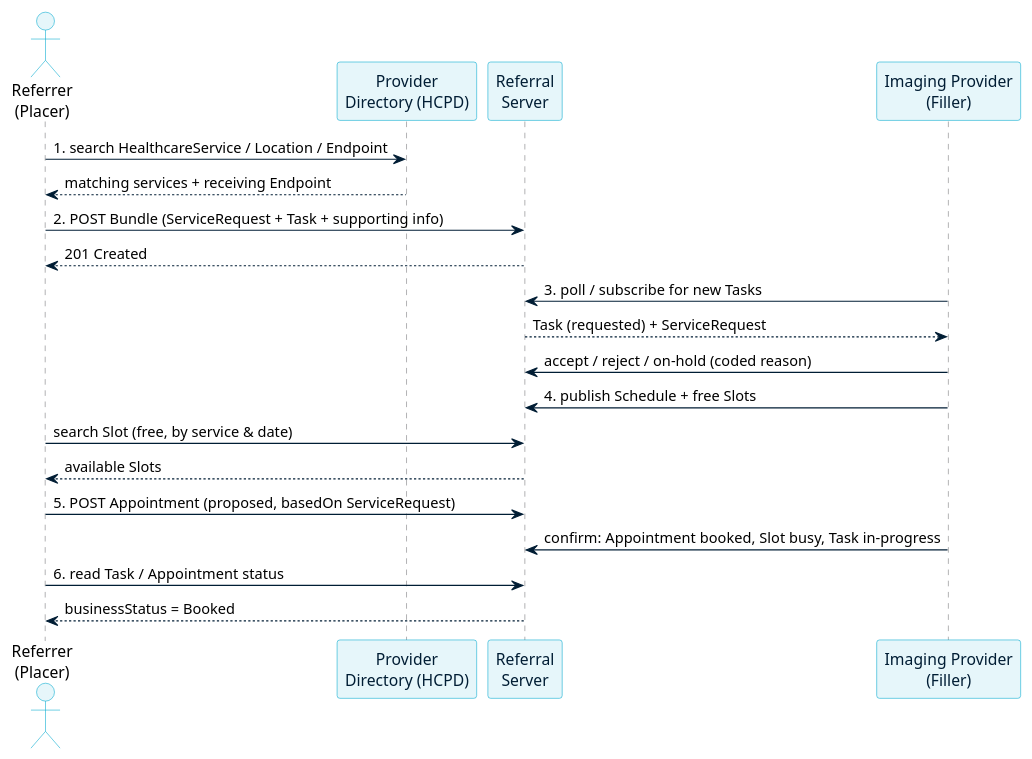
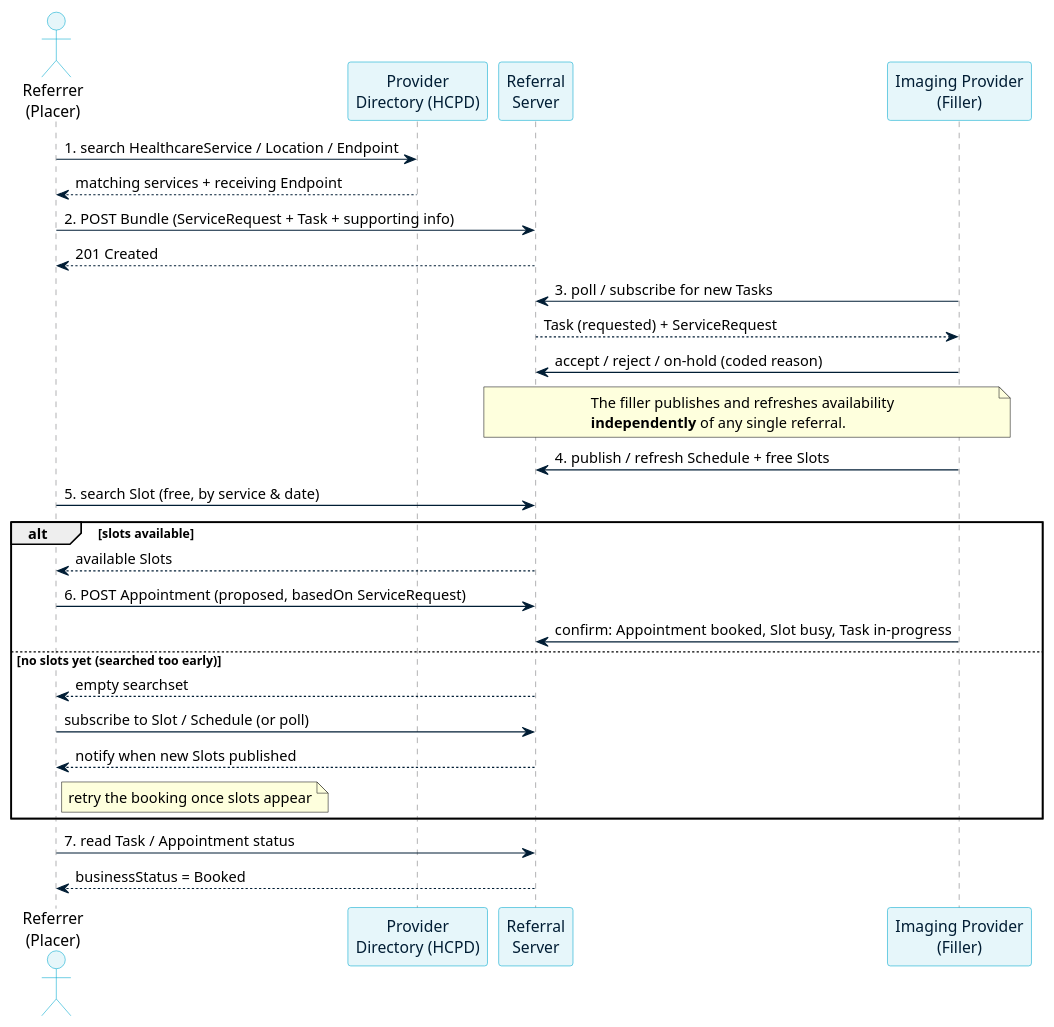
The diagram in 2026-10-29/1-FHIR-For-Services/slides/diagrams/referral-flow.puml (aehrc/qh-connectathon), drawn with PlantUML before and after one commit. The commit also changed 2 other files, not shown here.

Commit message:
Flow diagram: make slot availability timing explicit
The filler publishes availability independently of any referral. Add an alt
fragment on the slot search: slots available -> book, vs no slots yet
(searched too early) -> subscribe/poll and retry. Addresses the early-search
race where no updated slots are available.

```diff
--- a/2026-10-29/1-FHIR-For-Services/slides/diagrams/referral-flow.puml
+++ b/2026-10-29/1-FHIR-For-Services/slides/diagrams/referral-flow.puml
@@ -1,41 +1,52 @@
 @startuml referral-flow
 ' Radiology referral end-to-end sequence
 skinparam backgroundColor transparent
 skinparam shadowing false
 skinparam defaultFontName Calibri
 skinparam sequence {
   ArrowColor #001D34
   LifeLineBorderColor #757579
   ParticipantBorderColor #00A9CE
   ParticipantBackgroundColor #E6F6FA
   ParticipantFontColor #001D34
   ActorBorderColor #00A9CE
   ActorBackgroundColor #E6F6FA
 }
 
 actor "Referrer\n(Placer)" as R
 participant "Provider\nDirectory (HCPD)" as D
 participant "Referral\nServer" as S
 participant "Imaging Provider\n(Filler)" as F
 
 R -> D : 1. search HealthcareService / Location / Endpoint
 D --> R : matching services + receiving Endpoint
 
 R -> S : 2. POST Bundle (ServiceRequest + Task + supporting info)
 S --> R : 201 Created
 
 F -> S : 3. poll / subscribe for new Tasks
 S --> F : Task (requested) + ServiceRequest
 F -> S : accept / reject / on-hold (coded reason)
 
-F -> S : 4. publish Schedule + free Slots
-R -> S : search Slot (free, by service & date)
-S --> R : available Slots
+note over F, S
+  The filler publishes and refreshes availability
+  **independently** of any single referral.
+end note
+F -> S : 4. publish / refresh Schedule + free Slots
 
-R -> S : 5. POST Appointment (proposed, basedOn ServiceRequest)
-F -> S : confirm: Appointment booked, Slot busy, Task in-progress
+R -> S : 5. search Slot (free, by service & date)
+alt slots available
+  S --> R : available Slots
+  R -> S : 6. POST Appointment (proposed, basedOn ServiceRequest)
+  F -> S : confirm: Appointment booked, Slot busy, Task in-progress
+else no slots yet (searched too early)
+  S --> R : empty searchset
+  R -> S : subscribe to Slot / Schedule (or poll)
+  S --> R : notify when new Slots published
+  note right of R : retry the booking once slots appear
+end
 
-R -> S : 6. read Task / Appointment status
+R -> S : 7. read Task / Appointment status
 S --> R : businessStatus = Booked
 
 @enduml
```
